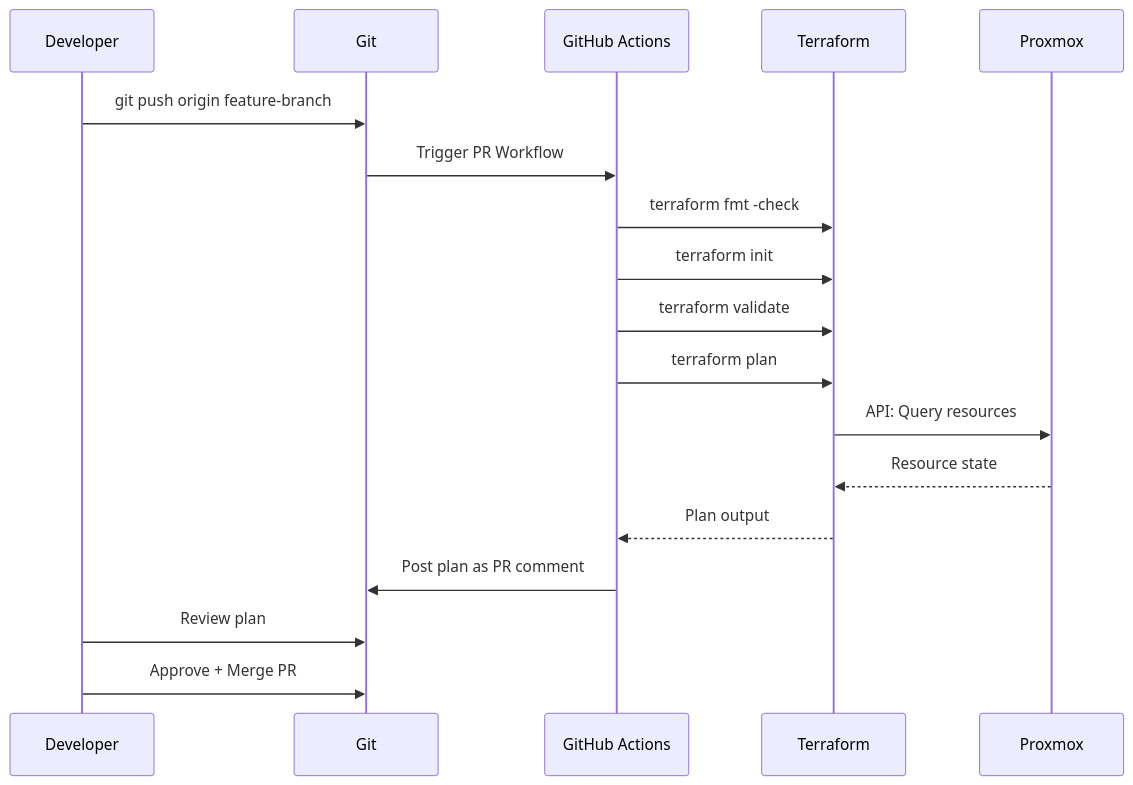
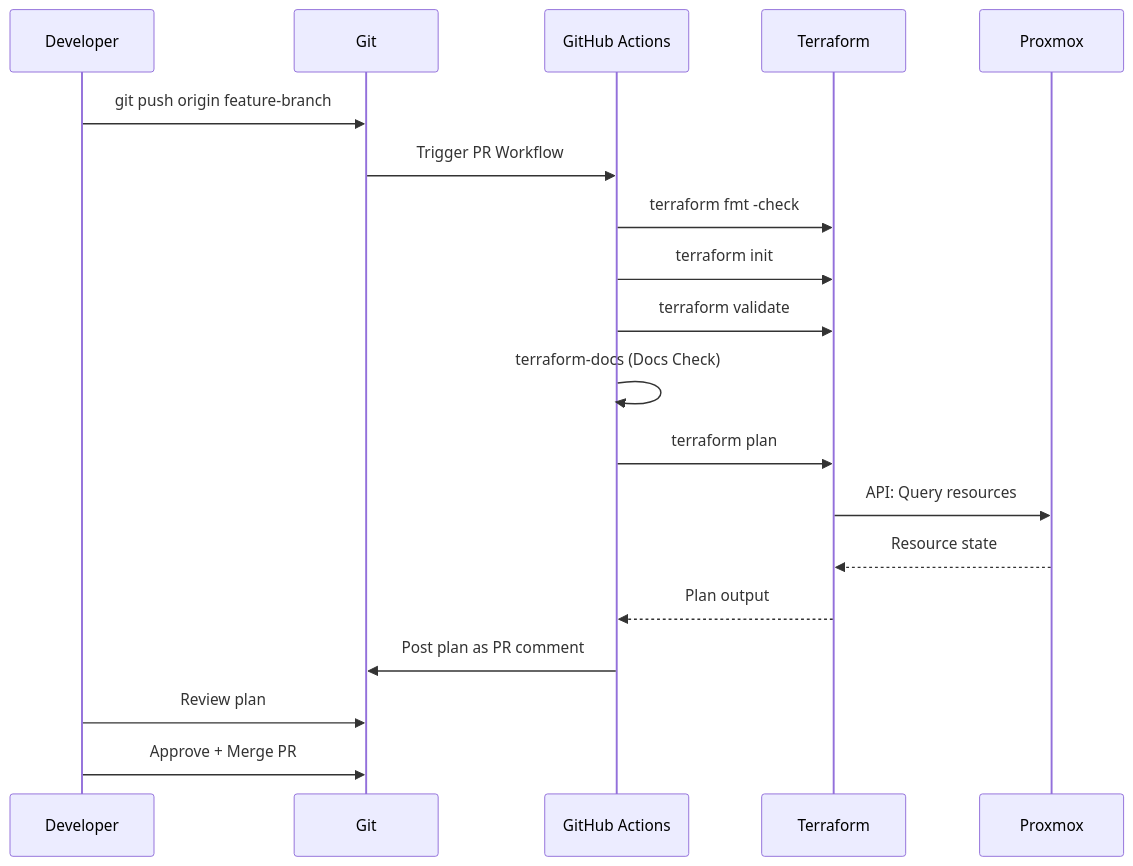
One commit to dranelixx/server-infrastructure changed the third of 12 diagrams in .github/workflows/ARCHITECTURE.md. Above: the diagram before and after it, drawn with Mermaid. The commit also changed other lines of this file and 8 other files, not shown here.

First line of the commit message:
feat(ci): add terraform-docs CI check and auto-generated module docs (#65)

````diff
--- a/.github/workflows/ARCHITECTURE.md
+++ b/.github/workflows/ARCHITECTURE.md
@@ -79,21 +80,22 @@
 ```mermaid
 sequenceDiagram
     participant Dev as Developer
     participant Git
     participant GHA as GitHub Actions
     participant TF as Terraform
     participant PVE as Proxmox
 
     Dev->>Git: git push origin feature-branch
     Git->>GHA: Trigger PR Workflow
     GHA->>TF: terraform fmt -check
     GHA->>TF: terraform init
     GHA->>TF: terraform validate
+    GHA->>GHA: terraform-docs (Docs Check)
     GHA->>TF: terraform plan
     TF->>PVE: API: Query resources
     PVE-->>TF: Resource state
     TF-->>GHA: Plan output
     GHA->>Git: Post plan as PR comment
     Dev->>Git: Review plan
     Dev->>Git: Approve + Merge PR
 ```
````
